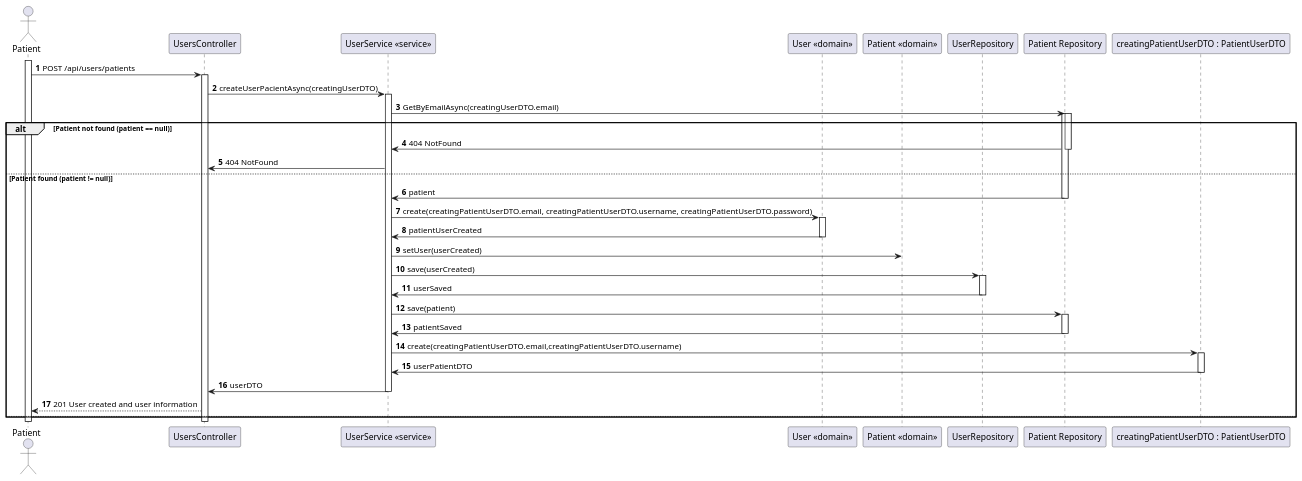
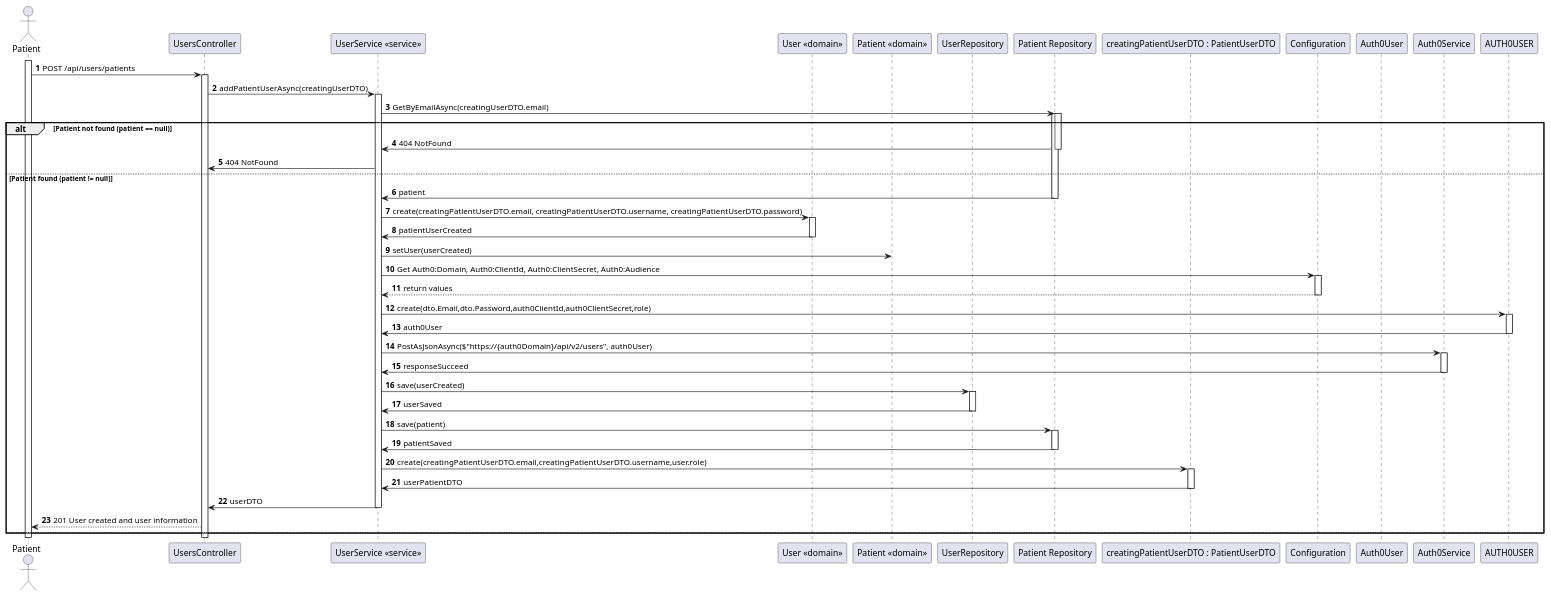
The diagram in docs/PatientRegistration/views/level3/process-view2.puml (Lapr5G21/sem5pi-24-25-3ddg21), drawn with PlantUML before and after one commit. The commit also changed 9 other files, not shown here.

```diff
--- a/docs/PatientRegistration/views/level3/process-view2.puml
+++ b/docs/PatientRegistration/views/level3/process-view2.puml
@@ -1,73 +1,96 @@
 @startuml 
 autonumber
 actor Patient as PATIENT
 participant CTRL as "UsersController"
 participant SERVICE as "UserService <<service>>"
 participant User as "User <<domain>>"
 participant Patient as "Patient <<domain>>"
 participant USERREPO as "UserRepository"
 participant PATIENTREPO as "Patient Repository"
 participant DTO as "creatingPatientUserDTO : PatientUserDTO"
-
+participant CONFIG as "Configuration"
+participant AUTH0User as "Auth0User"
+participant AUTH0SERVICE as "Auth0Service"
 activate PATIENT
 PATIENT-> CTRL : POST /api/users/patients
 activate CTRL
 
-CTRL -> SERVICE : createUserPacientAsync(creatingUserDTO)
+CTRL -> SERVICE : addPatientUserAsync(creatingUserDTO)
 activate SERVICE
 
 SERVICE -> PATIENTREPO : GetByEmailAsync(creatingUserDTO.email)
 activate PATIENTREPO
 alt Patient not found (patient == null)
 
     activate PATIENTREPO
 
     PATIENTREPO -> SERVICE : 404 NotFound
     
     deactivate PATIENTREPO
 
     SERVICE -> CTRL : 404 NotFound
 
 else Patient found (patient != null)
     PATIENTREPO -> SERVICE : patient
     deactivate PATIENTREPO
 
     SERVICE -> User : create(creatingPatientUserDTO.email, creatingPatientUserDTO.username, creatingPatientUserDTO.password)
     activate User
 
     User -> SERVICE : patientUserCreated
     deactivate User
 
     SERVICE -> Patient : setUser(userCreated)
+
+    SERVICE -> CONFIG : Get Auth0:Domain, Auth0:ClientId, Auth0:ClientSecret, Auth0:Audience
+    activate CONFIG
+    CONFIG --> SERVICE : return values
+    deactivate CONFIG
+
+    SERVICE -> AUTH0USER : create(dto.Email,dto.Password,auth0ClientId,auth0ClientSecret,role)
+
+    activate AUTH0USER
+
+    AUTH0USER -> SERVICE : auth0User
+
+    deactivate AUTH0USER
+
+    SERVICE -> AUTH0SERVICE : PostAsJsonAsync($"https://{auth0Domain}/api/v2/users", auth0User)
+
+    activate AUTH0SERVICE 
+
+    AUTH0SERVICE -> SERVICE : responseSucceed
+    deactivate AUTH0SERVICE
+
     SERVICE -> USERREPO : save(userCreated)
     activate USERREPO
 
     USERREPO -> SERVICE : userSaved
     deactivate USERREPO
 
     SERVICE -> PATIENTREPO : save(patient)
     activate PATIENTREPO
 
     PATIENTREPO -> SERVICE : patientSaved
     deactivate PATIENTREPO
 
-    SERVICE -> DTO : create(creatingPatientUserDTO.email,creatingPatientUserDTO.username) 
+    SERVICE -> DTO : create(creatingPatientUserDTO.email,creatingPatientUserDTO.username,user.role) 
 
     activate DTO
 
     DTO -> SERVICE : userPatientDTO
 
     deactivate DTO 
 
     SERVICE -> CTRL : userDTO
 
     deactivate SERVICE
     
     PATIENT <-- CTRL : 201 User created and user information
 
 else 
 end
 deactivate CTRL
 deactivate PATIENT
 
 @enduml
```
